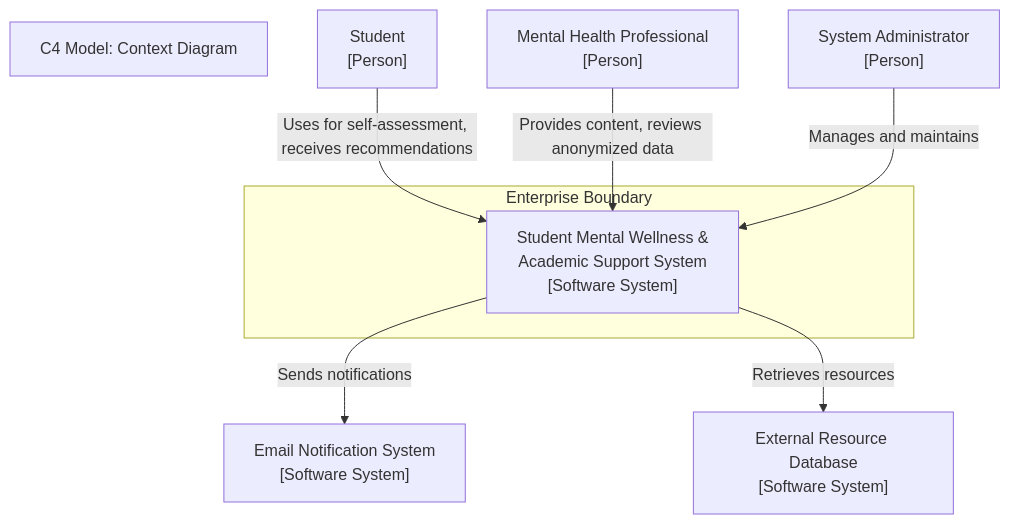
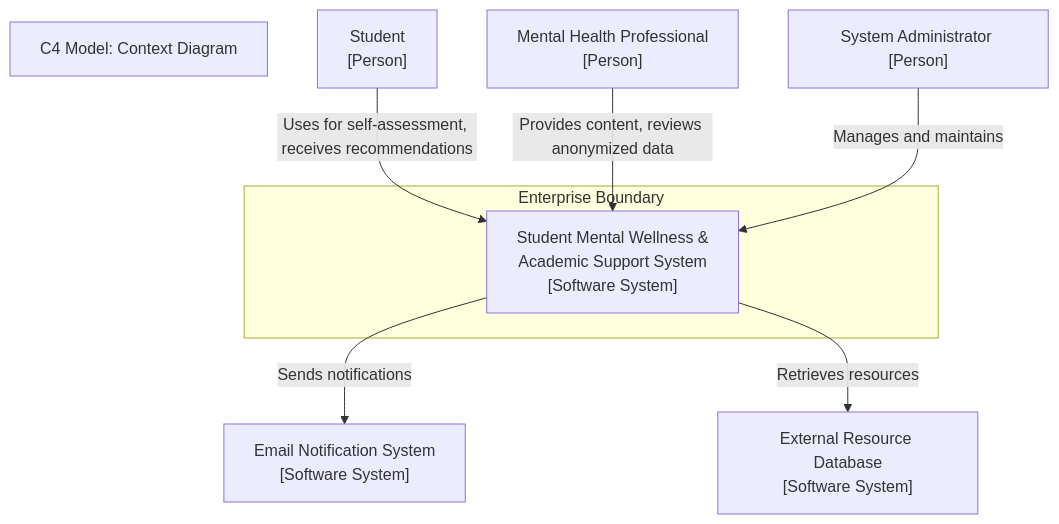
Before and after one commit to ZiyandaPetela/Student_Mental_Wellness_Academic_Support_System: the diagram in ARCHITECTURE.md, drawn with Mermaid.

````diff
--- a/ARCHITECTURE.md
+++ b/ARCHITECTURE.md
@@ -3,21 +3,21 @@
 ```mermaid
 graph TD
     title[C4 Model: Context Diagram]
     Student["Student\n[Person]"]
     MentalHealthProfessional["Mental Health Professional\n[Person]"]
-    Administrator["System Administrator\n [Person]"]
+    Administrator["System Administrator [Person]"]
     SMWASS["Student Mental Wellness &\nAcademic Support System\n[Software System]"]
     EmailSystem["Email Notification System\n[Software System]"]
     ResourceDB["External Resource Database\n[Software System]"]
     
     Student -->|Uses for self-assessment, receives recommendations| SMWASS
     MentalHealthProfessional -->|Provides content, reviews anonymized data| SMWASS
     Administrator -->|Manages and maintains| SMWASS
     SMWASS -->|Sends notifications| EmailSystem
     SMWASS -->|Retrieves resources| ResourceDB
     
     subgraph "Enterprise Boundary"
         SMWASS
     end
 
 ```
````
